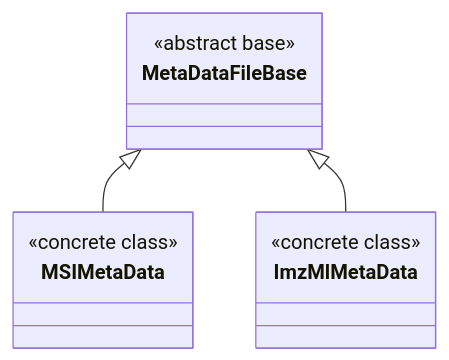
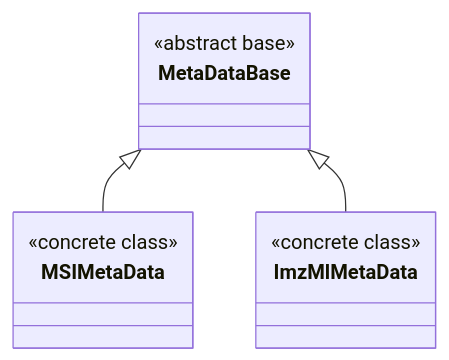
One commit to dil666555/MassFlow_v0.1 changed the diagram in docs/en/metadata.md. Above: the diagram before and after it, drawn with Mermaid. The commit also changed other lines of this file and 24 other files, not shown here.

````diff
--- a/docs/en/metadata.md
+++ b/docs/en/metadata.md
@@ -19,17 +19,17 @@
 ```mermaid
 classDiagram
-    MetaDataFileBase <|-- MSIMetaData
-    MetaDataFileBase <|-- ImzMlMetaData
+    MetaDataBase <|-- MSIMetaData
+    MetaDataBase <|-- ImzMlMetaData
 
-    class MetaDataFileBase {
+    class MetaDataBase {
         <<abstract base>>
     }
 
     class MSIMetaData {
         <<concrete class>>
     }
 
     class ImzMlMetaData {
         <<concrete class>>
     }
 ```
````
